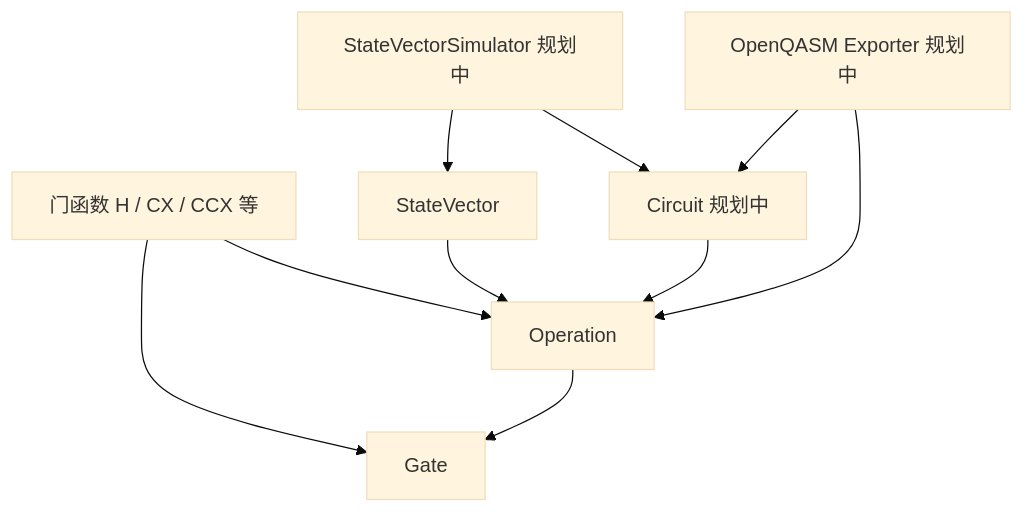
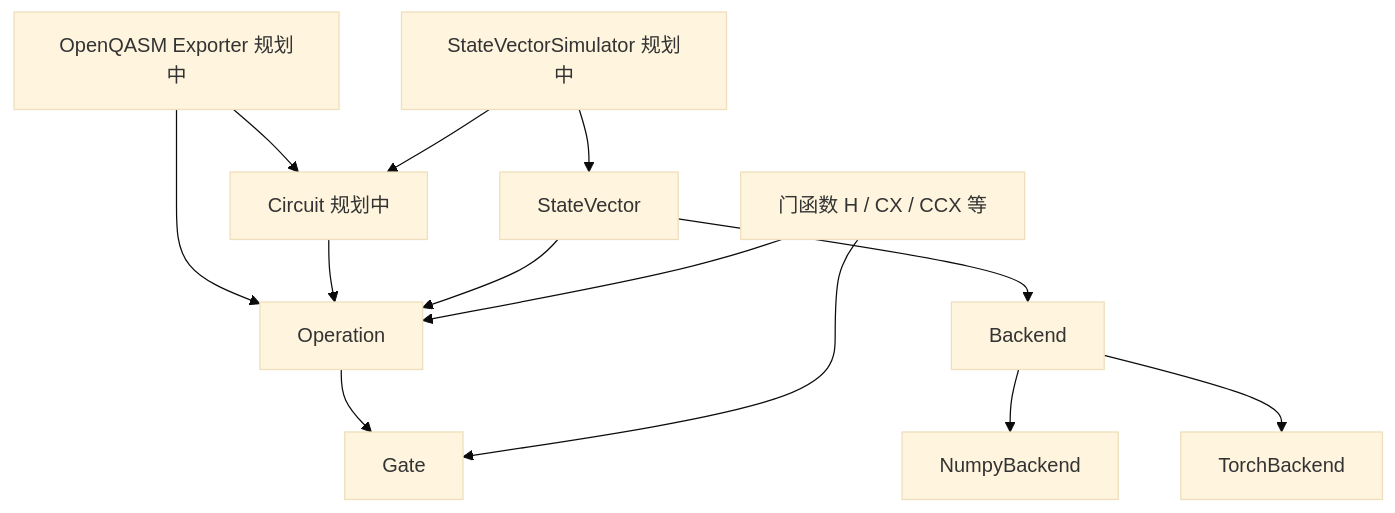
Before and after one commit to imechZhangLY/simple-statevector-simulator: the diagram in docs/architecture.md, drawn with Mermaid (base theme). The commit also changed other lines of this file and 17 other files, not shown here.

````diff
--- a/docs/architecture.md
+++ b/docs/architecture.md
@@ -50,12 +58,15 @@
 ```mermaid
 flowchart TD
     GateFunctions[门函数 H / CX / CCX 等] --> Gate
     GateFunctions --> Operation
     Operation --> Gate
     StateVector --> Operation
+    StateVector --> Backend
+    Backend --> NumpyBackend
+    Backend --> TorchBackend
     Circuit[Circuit 规划中] --> Operation
     Simulator[StateVectorSimulator 规划中] --> Circuit
     Simulator --> StateVector
     Exporter[OpenQASM Exporter 规划中] --> Circuit
     Exporter --> Operation
 ```
````
